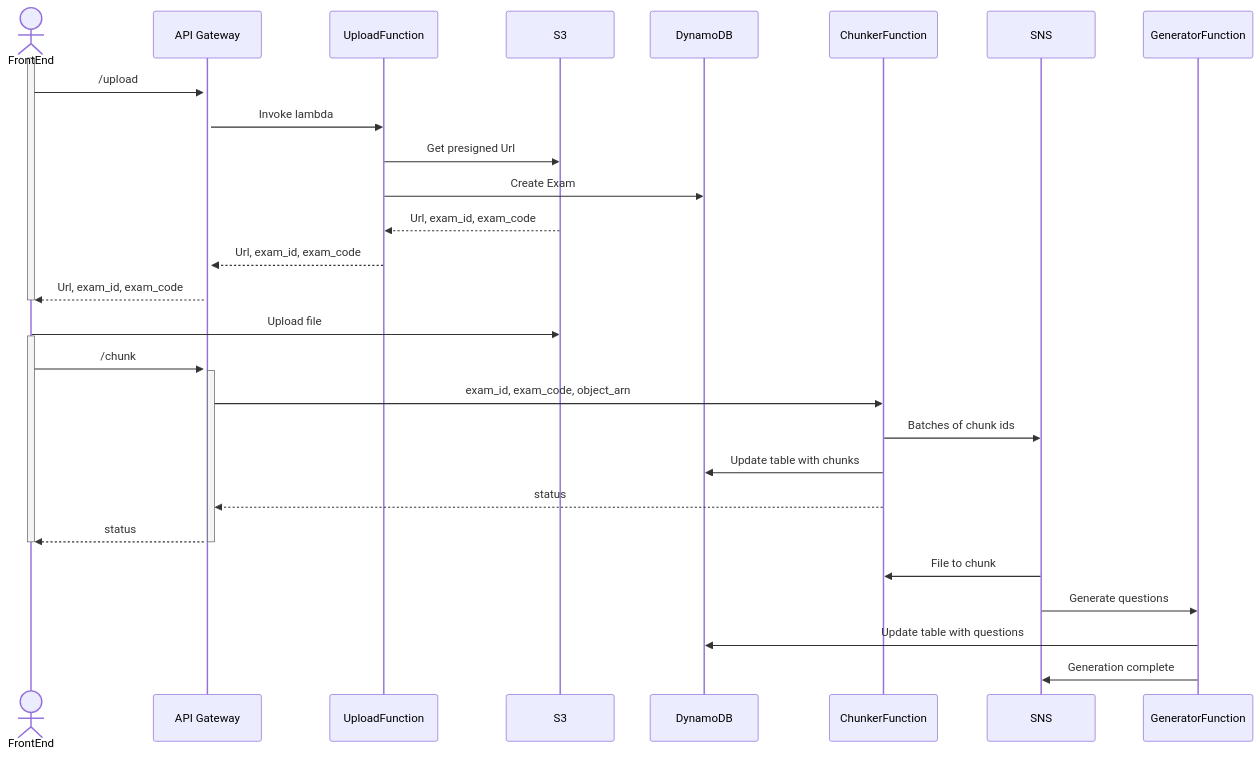
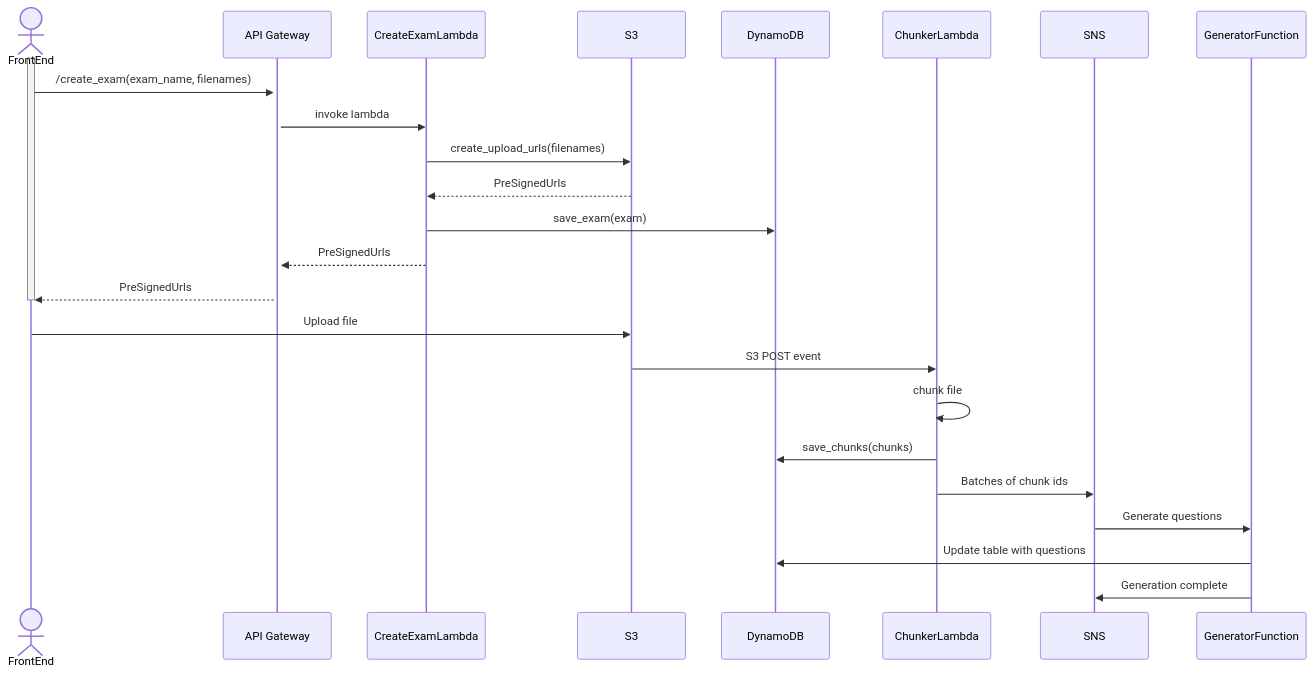
Before and after one commit to rajkorde/ExamGPTCloud: the diagram in examgpt-backend/assets/sequence_diagram.md, drawn with Mermaid. The commit also changed 9 other files, not shown here.

````diff
--- a/examgpt-backend/assets/sequence_diagram.md
+++ b/examgpt-backend/assets/sequence_diagram.md
@@ -1,42 +1,38 @@
 ```mermaid
 sequenceDiagram
   actor fe as FrontEnd
   participant ag as API Gateway
-  participant uf as UploadFunction
+  participant cel as CreateExamLambda
   participant S3
   participant ddb as DynamoDB
-  participant cf as ChunkerFunction
+  participant cl as ChunkerLambda
   participant SNS
   participant gf as GeneratorFunction
 
   # Upload file - Get presigned URL
   activate fe
-  fe ->>+ ag: /upload
-  ag ->> uf: Invoke lambda
-  uf ->> S3: Get presigned Url
-  uf ->> ddb: Create Exam
-  S3 -->> uf: Url, exam_id, exam_code
-  uf -->> ag: Url, exam_id, exam_code
-  ag -->> fe: Url, exam_id, exam_code
+  fe ->>+ ag: /create_exam(exam_name, filenames)
+  ag ->> cel: invoke lambda
+  cel ->> S3: create_upload_urls(filenames)
+  S3 -->> cel: PreSignedUrls
+  cel ->> ddb: save_exam(exam)
+  cel -->> ag: PreSignedUrls
+  ag -->> fe: PreSignedUrls
   deactivate fe
 
   # Upload file - Upload to presigned URL
   fe ->> S3: Upload file
 
   # Chunk File
-  activate fe
-  fe ->>+ ag: /chunk
-  ag ->> cf: exam_id, exam_code, object_arn
-  cf ->> SNS: Batches of chunk ids
-  cf ->> ddb: Update table with chunks
-  cf -->> ag: status
-  ag -->>-fe: status
-  deactivate fe
 
-  SNS ->> cf: File to chunk
+  S3 ->> cl: S3 POST event
+  cl ->> cl: chunk file
+  cl ->> ddb: save_chunks(chunks)
+  cl ->> SNS: Batches of chunk ids
 
+  # Generate QA
 
   SNS ->> gf: Generate questions
   gf ->> ddb: Update table with questions
   gf ->> SNS: Generation complete
 ```
````
